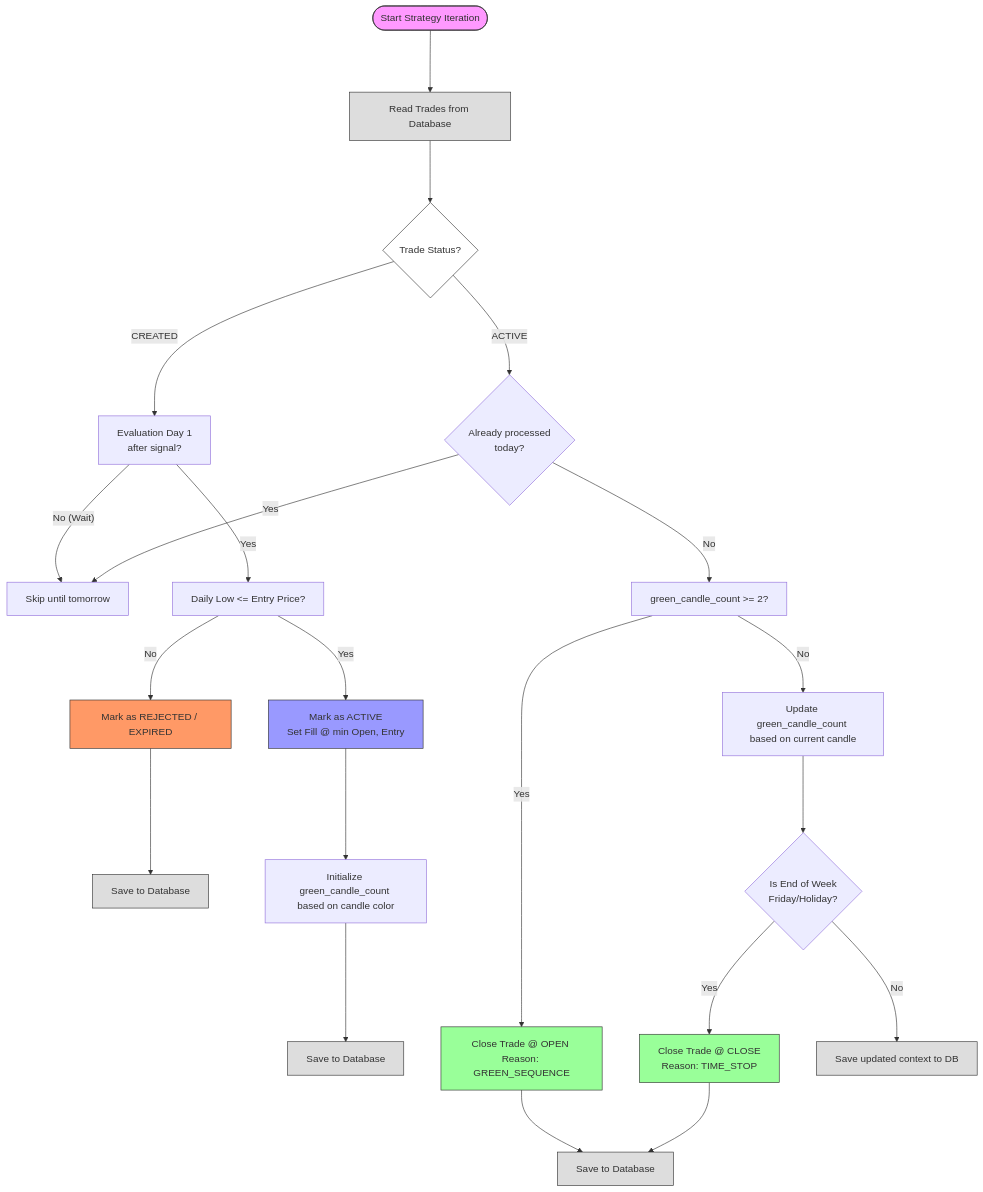
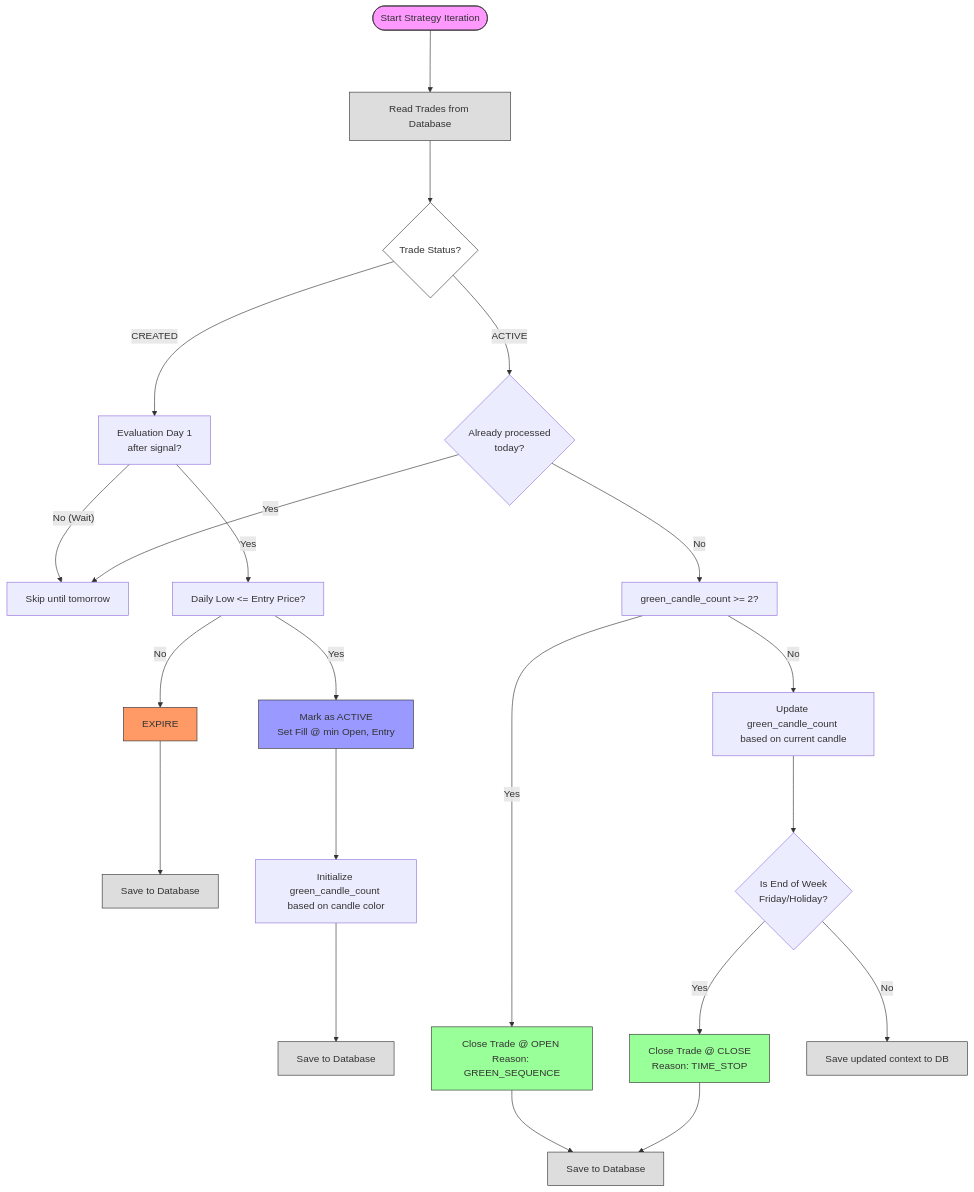
Before and after one commit to fxhuhn/croc-trader: the diagram in .agents/skills/strategy-screener/playbook/turnover_timing.md, drawn with Mermaid. The commit also changed 5 other files, not shown here.

Commit message:
fix: normalize mermaid graph syntax

````diff
--- a/.agents/skills/strategy-screener/playbook/turnover_timing.md
+++ b/.agents/skills/strategy-screener/playbook/turnover_timing.md
@@ -39,57 +39,57 @@
 ```mermaid
 %%{init: {'flowchart': {'rankSpacing': 100, 'nodeSpacing': 60, 'curve': 'basis'}}}%%
 graph TD
     %% Start
     START([Start Strategy Iteration]) --> DB_READ[Read Trades from Database]
     
-    DB_READ --> STATUS_CHECK{Trade Status?}
+    DB_READ --> STATUS_CHECK{"Trade Status?"}
 
     %% Path A: New Trades (CREATED)
     STATUS_CHECK -- "CREATED" --> D1_CHECK["Evaluation Day 1 <br/>after signal?"]
     
     D1_CHECK -- "No (Wait)" --> SKIP[Skip until tomorrow]
     
     D1_CHECK -- "Yes" --> LIMIT_CHECK["Daily Low <= Entry Price?"]
     
-    LIMIT_CHECK -- "No" --> EXPIRE[Mark as REJECTED / EXPIRED]
     EXPIRE --> DB_WRITE_EXP[Save to Database]
     
+    LIMIT_CHECK -- "No" --> EXPIRE
     LIMIT_CHECK -- "Yes" --> ACTIVATE[Mark as ACTIVE <br/>Set Fill @ min Open, Entry]
     ACTIVATE --> INIT_STATE[Initialize green_candle_count <br/>based on candle color]
     INIT_STATE --> DB_WRITE_ACT[Save to Database]
 
     %% Path B: Active Trades (ACTIVE)
-    STATUS_CHECK -- "ACTIVE" --> IDEM_CHECK{Already processed <br/>today?}
+    STATUS_CHECK -- "ACTIVE" --> IDEM_CHECK{"Already processed <br/>today?"}
     
     IDEM_CHECK -- "Yes" --> SKIP
     
     IDEM_CHECK -- "No" --> SEQ_CHECK["green_candle_count >= 2?"]
     
     %% Exit Option 1: Green Sequence
     SEQ_CHECK -- "Yes" --> EXIT_G[Close Trade @ OPEN <br/>Reason: GREEN_SEQUENCE]
     EXIT_G --> DB_WRITE_EXIT[Save to Database]
     
     %% Management Path
     SEQ_CHECK -- "No" --> UPDATE_COUNT[Update green_candle_count <br/>based on current candle]
-    UPDATE_COUNT --> TIME_CHECK{Is End of Week <br/>Friday/Holiday?}
+    UPDATE_COUNT --> TIME_CHECK{"Is End of Week <br/>Friday/Holiday?"}
     
     %% Exit Option 2: Time Stop
     TIME_CHECK -- "Yes" --> EXIT_T[Close Trade @ CLOSE <br/>Reason: TIME_STOP]
     EXIT_T --> DB_WRITE_EXIT
     
     %% No Exit
     TIME_CHECK -- "No" --> DB_WRITE_COUNT[Save updated context to DB]
 
     %% Styling
     style START fill:#f9f,stroke:#333
     style DB_READ fill:#ddd,stroke:#333
     style STATUS_CHECK fill:#fff,stroke:#333
     style ACTIVATE fill:#99f,stroke:#333
     style EXPIRE fill:#f96,stroke:#333
     style EXIT_G fill:#9f9,stroke:#333
     style EXIT_T fill:#9f9,stroke:#333
     style DB_WRITE_EXP fill:#ddd,stroke:#333
     style DB_WRITE_ACT fill:#ddd,stroke:#333
     style DB_WRITE_EXIT fill:#ddd,stroke:#333
     style DB_WRITE_COUNT fill:#ddd,stroke:#333
 ```
````
